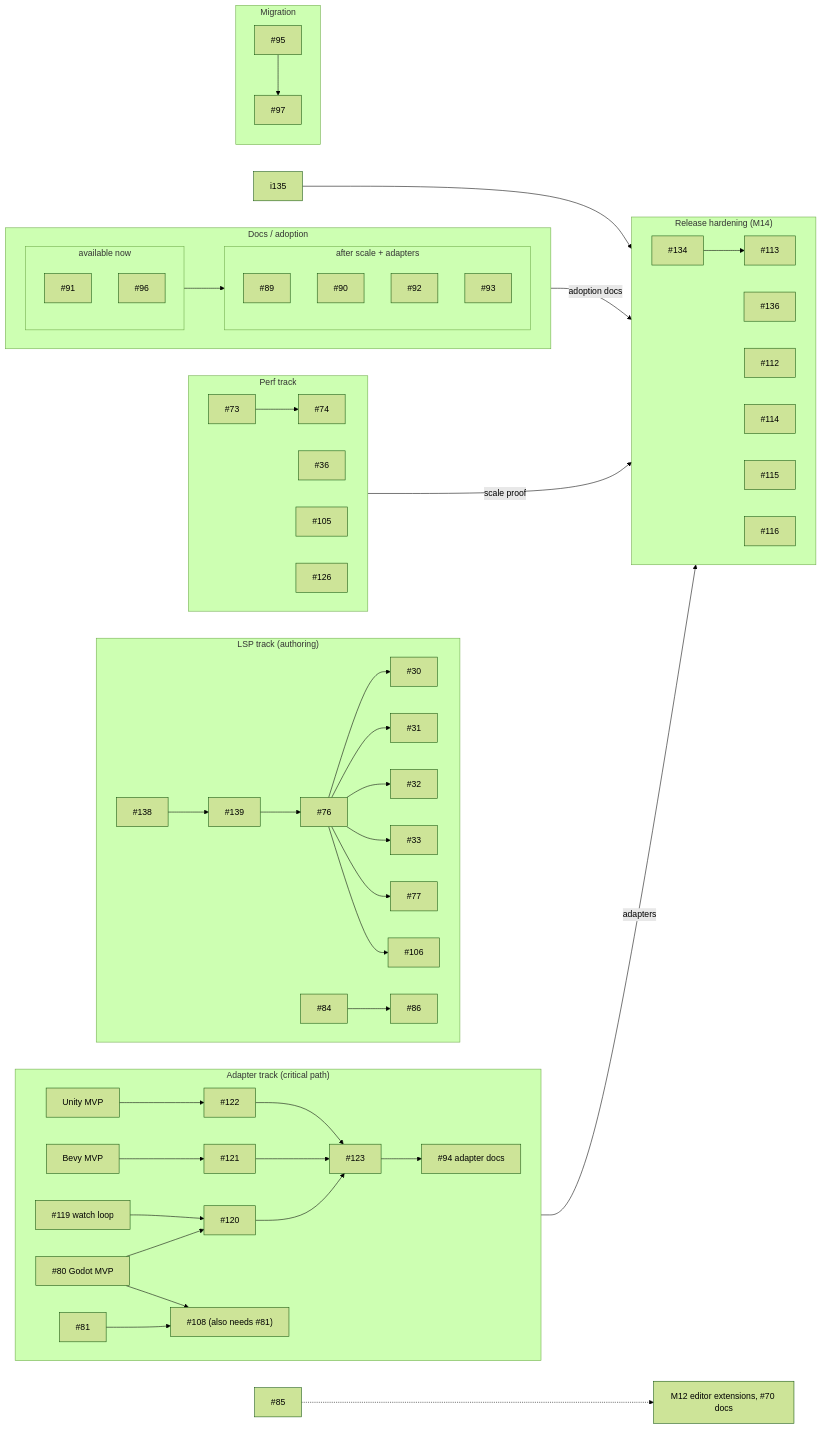
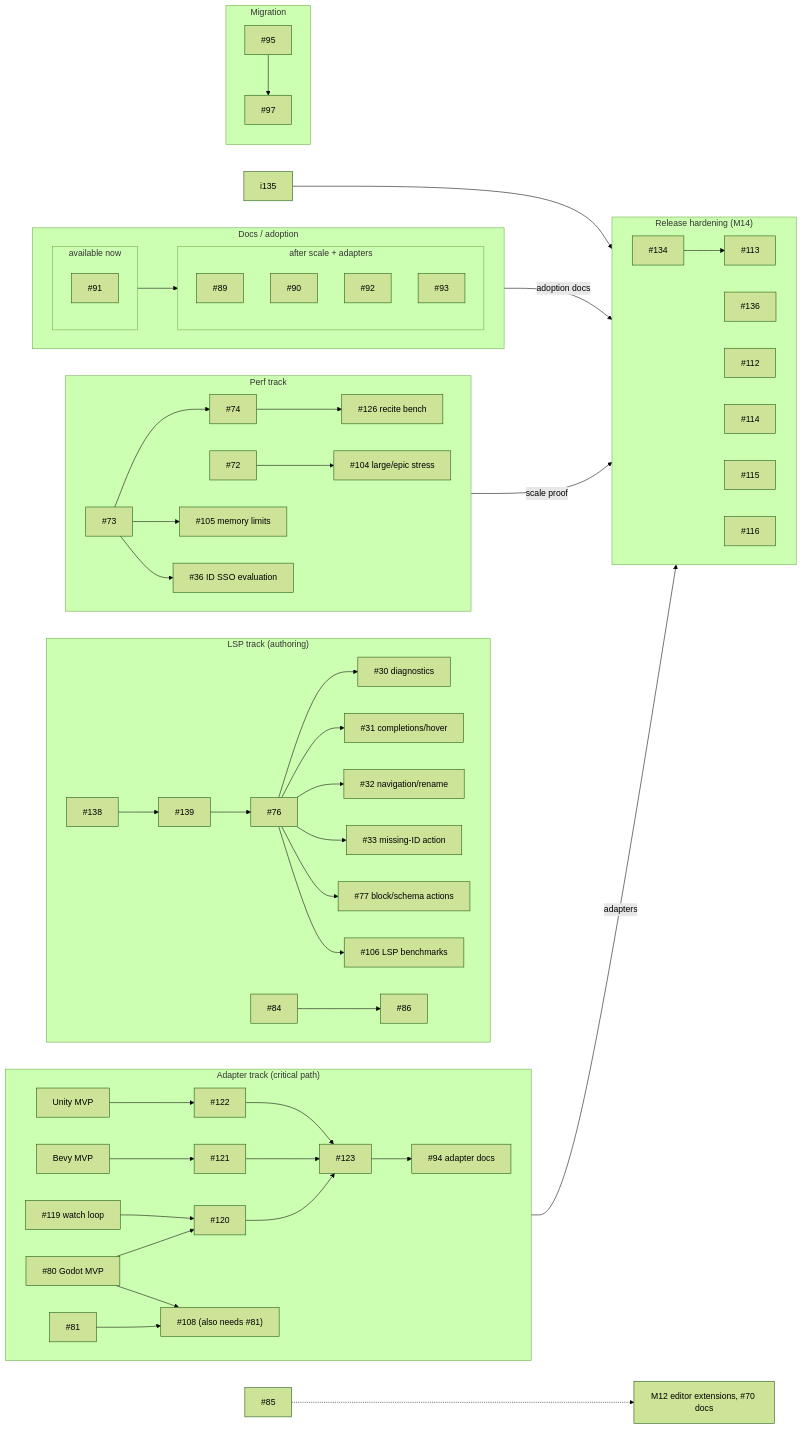
The diagram in docs/roadmap.md (plethu/recite), drawn with Mermaid (forest theme) before and after one commit. The commit also changed other lines of this file, not shown here.

Commit message:
docs: refresh roadmap after orchestration pass

````diff
--- a/docs/roadmap.md
+++ b/docs/roadmap.md
@@ -46,74 +53,74 @@
 ```mermaid
 flowchart LR
   subgraph LSP["LSP track (authoring)"]
     direction LR
     i138["#138"] --> i139["#139"]
     i139["#139"] --> i76["#76"]
-    i76 --> i30["#30"]
-    i76 --> i31["#31"]
-    i76 --> i32["#32"]
-    i76 --> i33["#33"]
-    i76 --> i77["#77"]
-    i76 --> i106["#106"]
+    i76 --> i30["#30 diagnostics"]
+    i76 --> i31["#31 completions/hover"]
+    i76 --> i32["#32 navigation/rename"]
+    i76 --> i33["#33 missing-ID action"]
+    i76 --> i77["#77 block/schema actions"]
+    i76 --> i106["#106 LSP benchmarks"]
     i84["#84"] --> i86["#86"]
   end
 
   subgraph ADP["Adapter track (critical path)"]
     direction LR
     i80["#80 Godot MVP"] --> i120["#120"]
     i119["#119 watch loop"] --> i120
     iBevy["Bevy MVP"] --> i121["#121"]
     iUnity["Unity MVP"] --> i122["#122"]
     i120 --> i123["#123"]
     i121 --> i123
     i122 --> i123
     i123 --> i94["#94 adapter docs"]
     i81["#81"] --> i108
     i80 --> i108["#108 (also needs #81)"]
   end
 
   subgraph PERF["Perf track"]
     direction LR
     i73["#73"] --> i74["#74"]
-    i36["#36"]
-    i105["#105"]
-    i126["#126"]
+    i74 --> i126["#126 recite bench"]
+    i72["#72"] --> i104["#104 large/epic stress"]
+    i73 --> i105["#105 memory limits"]
+    i73 --> i36["#36 ID SSO evaluation"]
   end
 
   subgraph DOCS["Docs / adoption"]
     direction LR
     subgraph DNOW["available now"]
       i91["#91"]
-      i96["#96"]
     end
     subgraph DLATER["after scale + adapters"]
       i89["#89"]
       i90["#90"]
       i92["#92"]
       i93["#93"]
     end
     DNOW --> DLATER
   end
 
   subgraph MIG["Migration"]
     i95["#95"] --> i97["#97"]
   end
 
   subgraph REL["Release hardening (M14)"]
     direction LR
     i134["#134"]
     i136["#136"]
     i112["#112"]
     i113["#113"]
     i114["#114"]
     i115["#115"]
     i116["#116"]
   end
 
   i85["#85"] -.-> editor["M12 editor extensions, #70 docs"]
   i134 --> i113
   i135 --> i112
   i94 -- adapters --> REL
   i74 -- scale proof --> REL
   DLATER -- adoption docs --> REL
 ```
````
